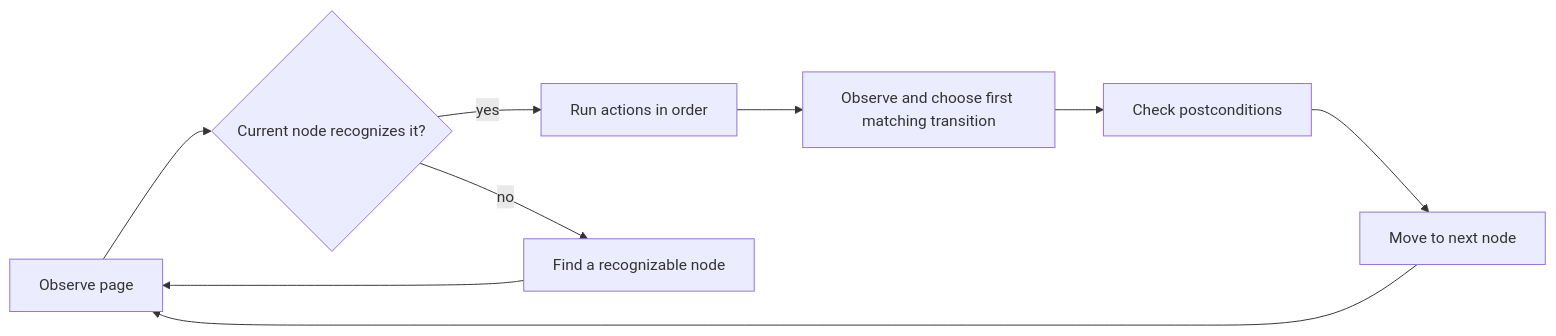
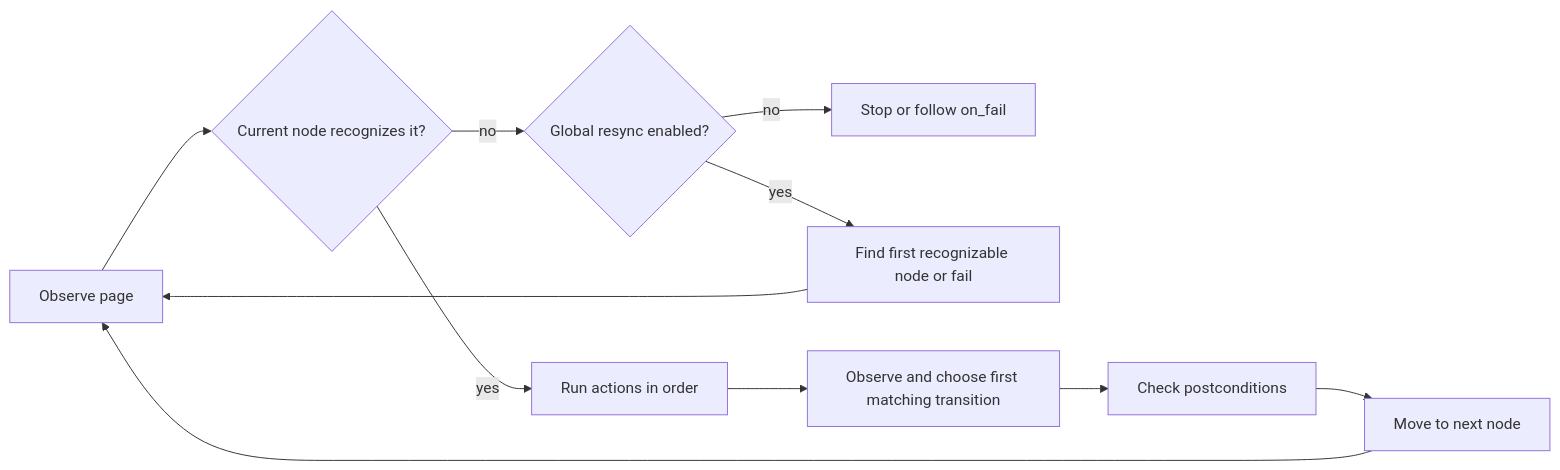
One commit to matheus-szfig/graphwright changed the diagram in docs/engine-yaml/README.md. Above: the diagram before and after it, drawn with Mermaid. The commit also changed other lines of this file and 103 other files, not shown here.

````diff
--- a/docs/engine-yaml/README.md
+++ b/docs/engine-yaml/README.md
@@ -42,11 +43,13 @@
 ```mermaid
 flowchart LR
     A[Observe page] --> B{Current node recognizes it?}
     B -->|yes| C[Run actions in order]
-    B -->|no| R[Find a recognizable node]
-    R --> A
+    B -->|no| R{Global resync enabled?}
+    R -->|no| S[Stop or follow on_fail]
+    R -->|yes| T[Find first recognizable node or fail]
+    T --> A
     C --> D[Observe and choose first matching transition]
     D --> E[Check postconditions]
     E --> F[Move to next node]
     F --> A
 ```
````
